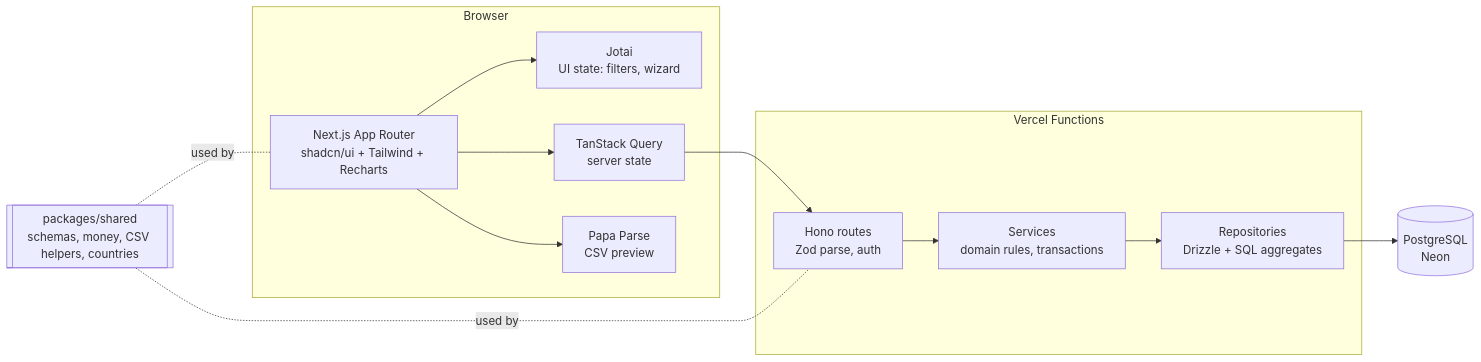
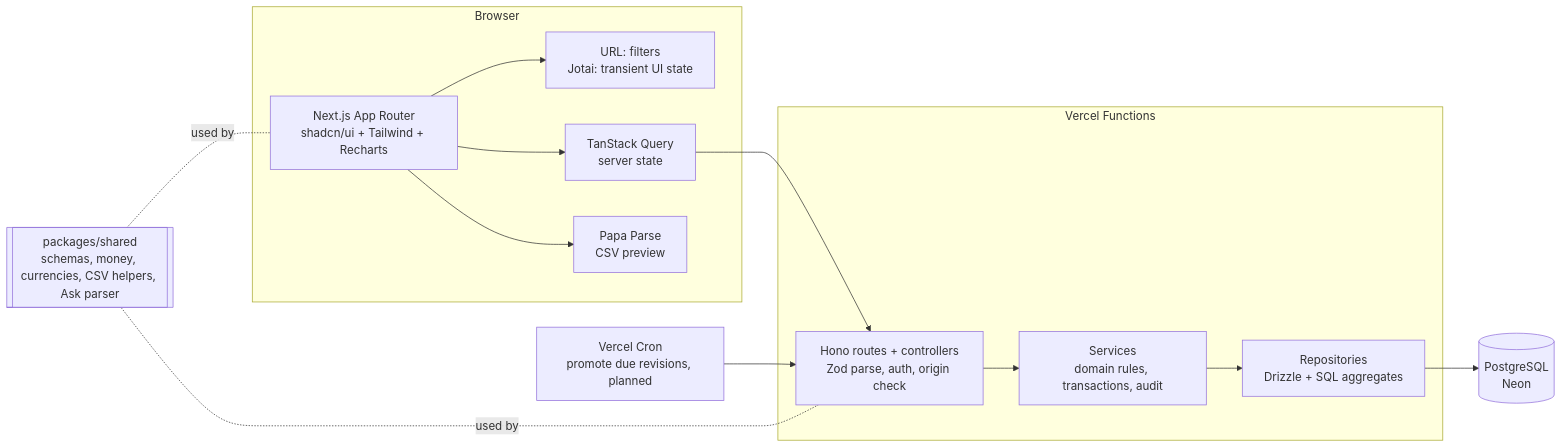
One commit to Sandeep-M23/paywise changed the first of 4 diagrams in docs/DESIGN.md. Above: the diagram before and after it, drawn with Mermaid. The commit also changed other lines of this file and 10 other files, not shown here.

````diff
--- a/docs/DESIGN.md
+++ b/docs/DESIGN.md
@@ -7,22 +9,24 @@
 ```mermaid
 flowchart LR
   subgraph Browser
     UI[Next.js App Router<br/>shadcn/ui + Tailwind + Recharts]
-    J[Jotai<br/>UI state: filters, wizard]
+    J[URL: filters<br/>Jotai: transient UI state]
     Q[TanStack Query<br/>server state]
     P[Papa Parse<br/>CSV preview]
   end
   subgraph Vercel Functions
-    R[Hono routes<br/>Zod parse, auth]
-    S[Services<br/>domain rules, transactions]
+    R[Hono routes + controllers<br/>Zod parse, auth, origin check]
+    S[Services<br/>domain rules, transactions, audit]
     D[Repositories<br/>Drizzle + SQL aggregates]
   end
+  CRON[Vercel Cron<br/>promote due revisions, planned]
   DB[(PostgreSQL<br/>Neon)]
-  SH[[packages/shared<br/>schemas, money, CSV helpers, countries]]
+  SH[[packages/shared<br/>schemas, money, currencies, CSV helpers, Ask parser]]
 
   UI --> J
   UI --> Q --> R --> S --> D --> DB
+  CRON --> R
   UI --> P
   SH -. used by .- UI
   SH -. used by .- R
 ```
````
